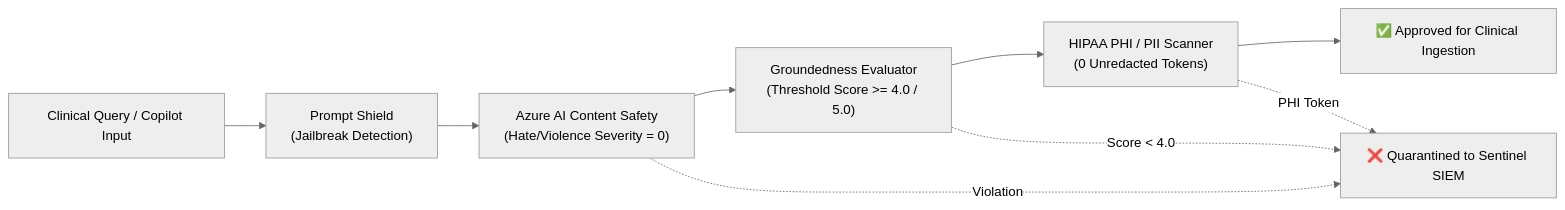
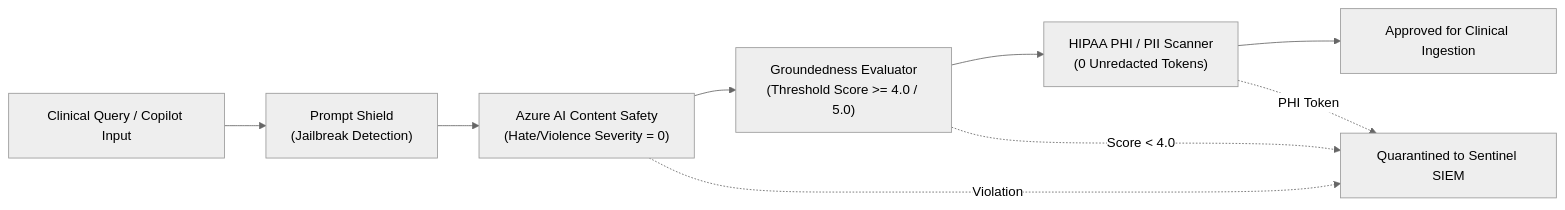
Before and after one commit to FreeFades2Black/mosaic-health-cloud-architecture: the second of 2 diagrams in README.md, drawn with Mermaid (neutral theme). The commit also changed other lines of this file, not shown here.

````diff
--- a/README.md
+++ b/README.md
@@ -190,12 +190,12 @@
 ```mermaid
 graph LR
     UserQuery["Clinical Query / Copilot Input"] --> PromptShield["Prompt Shield<br/>(Jailbreak Detection)"]
     PromptShield --> HarmEval["Azure AI Content Safety<br/>(Hate/Violence Severity = 0)"]
     HarmEval --> Groundedness["Groundedness Evaluator<br/>(Threshold Score >= 4.0 / 5.0)"]
     Groundedness --> PHIScanner["HIPAA PHI / PII Scanner<br/>(0 Unredacted Tokens)"]
-    PHIScanner --> GateApproved["✅ Approved for Clinical Ingestion"]
+    PHIScanner --> GateApproved["Approved for Clinical Ingestion"]
     
-    HarmEval -.->|Violation| Quarantined["❌ Quarantined to Sentinel SIEM"]
+    HarmEval -.->|Violation| Quarantined["Quarantined to Sentinel SIEM"]
     Groundedness -.->|Score < 4.0| Quarantined
     PHIScanner -.->|PHI Token| Quarantined
 ```
````
